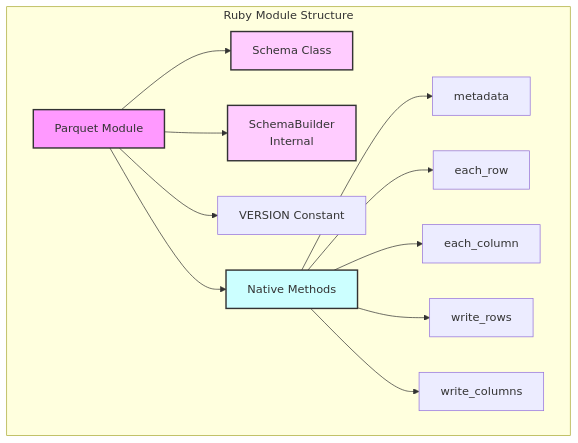
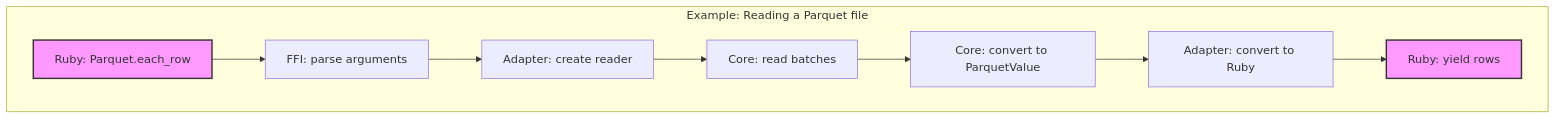
The third of 6 diagrams in ARCH.md (njaremko/parquet-ruby), drawn with Mermaid before and after one commit. The commit also changed other lines of this file and 1 other file, not shown here.

````diff
--- a/ARCH.md
+++ b/ARCH.md
@@ -112,21 +200,14 @@
 ```mermaid
 graph TD
-    subgraph "Ruby Module Structure"
-        A[Parquet Module]
-        A --> B[Schema Class]
-        A --> C[SchemaBuilder<br/>Internal]
-        A --> D[VERSION Constant]
-        A --> E[Native Methods]
-
-        E --> F[metadata]
-        E --> G[each_row]
-        E --> H[each_column]
-        E --> I[write_rows]
-        E --> J[write_columns]
+    subgraph "Example: Reading a Parquet file"
+        A[Ruby: Parquet.each_row] --> B[FFI: parse arguments]
+        B --> C[Adapter: create reader]
+        C --> D[Core: read batches]
+        D --> E[Core: convert to ParquetValue]
+        E --> F[Adapter: convert to Ruby]
+        F --> G[Ruby: yield rows]
     end
 
     style A fill:#f9f,stroke:#333,stroke-width:2px
-    style B fill:#fcf,stroke:#333,stroke-width:2px
-    style C fill:#fcf,stroke:#333,stroke-width:2px
-    style E fill:#cff,stroke:#333,stroke-width:2px
+    style G fill:#f9f,stroke:#333,stroke-width:2px
 ```
````
